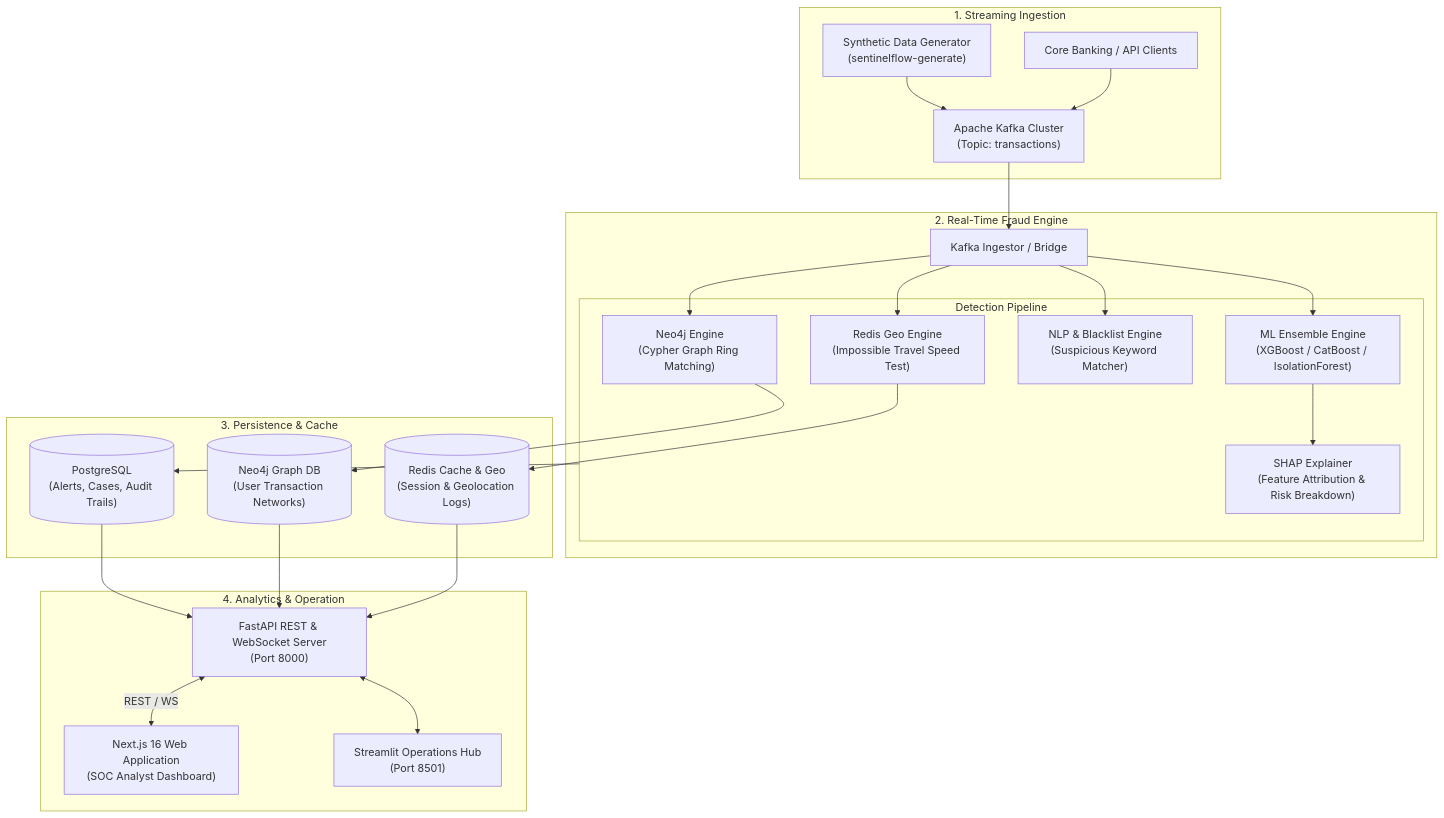
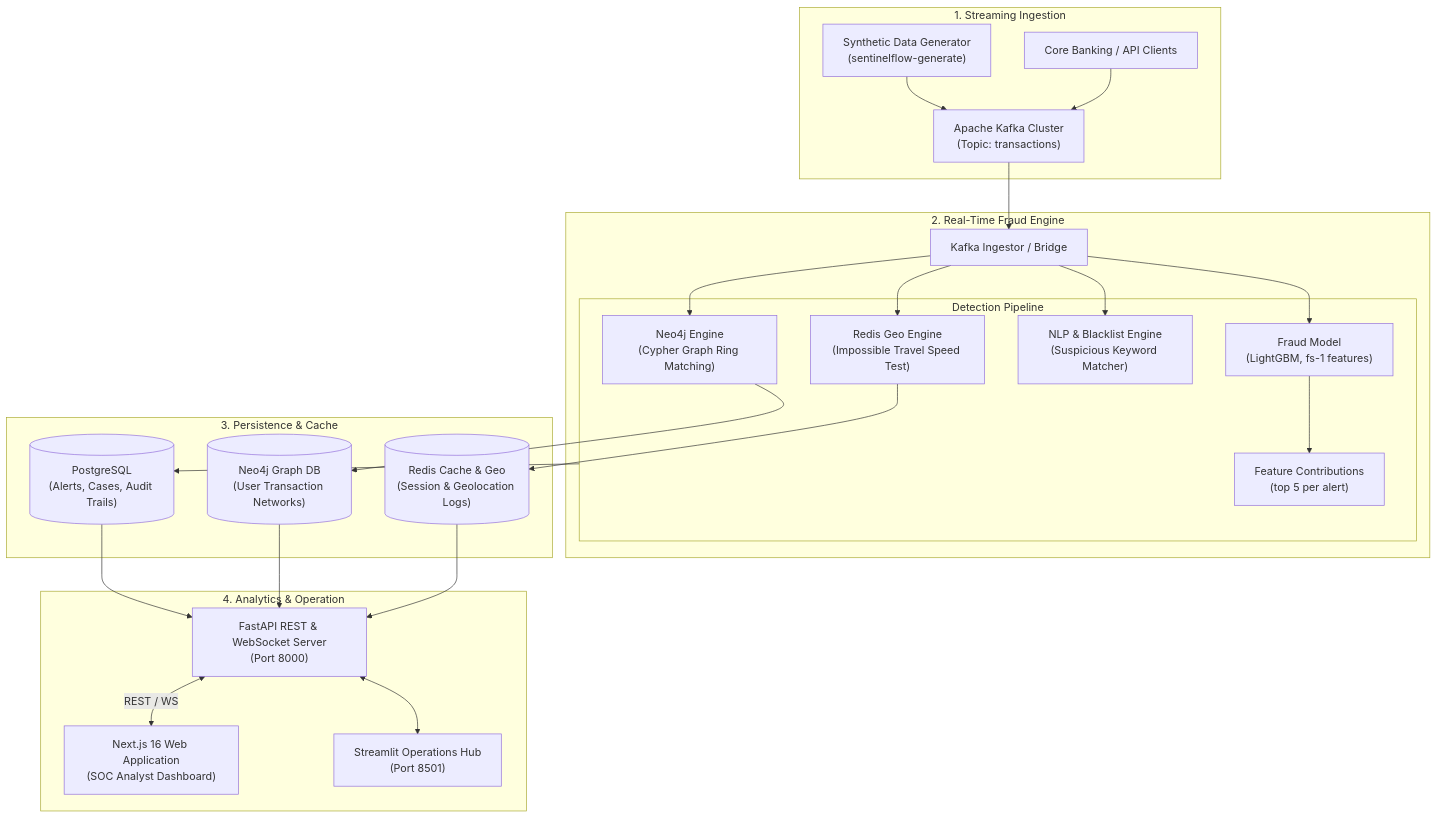
Before and after one commit to uzunbugra/sentinel: the diagram in README.md, drawn with Mermaid. The commit also changed other lines of this file and 10 other files, not shown here.

````diff
--- a/README.md
+++ b/README.md
@@ -31,46 +30,46 @@
 ```mermaid
 flowchart TB
     subgraph DataIngestion["1. Streaming Ingestion"]
         GEN["Synthetic Data Generator\n(sentinelflow-generate)"]
         CLIENT["Core Banking / API Clients"]
         KAFKA["Apache Kafka Cluster\n(Topic: transactions)"]
         GEN --> KAFKA
         CLIENT --> KAFKA
     end
 
     subgraph CoreEngine["2. Real-Time Fraud Engine"]
         INGEST["Kafka Ingestor / Bridge"]
         KAFKA --> INGEST
 
         subgraph Detectors["Detection Pipeline"]
             GRAPH["Neo4j Engine\n(Cypher Graph Ring Matching)"]
             GEO["Redis Geo Engine\n(Impossible Travel Speed Test)"]
             NLP["NLP & Blacklist Engine\n(Suspicious Keyword Matcher)"]
-            ML["ML Ensemble Engine\n(XGBoost / CatBoost / IsolationForest)"]
-            SHAP["SHAP Explainer\n(Feature Attribution & Risk Breakdown)"]
+            ML["Fraud Model\n(LightGBM, fs-1 features)"]
+            EXPLAIN["Feature Contributions\n(top 5 per alert)"]
         end
 
         INGEST --> GRAPH & GEO & NLP & ML
-        ML --> SHAP
+        ML --> EXPLAIN
     end
 
     subgraph StorageLayer["3. Persistence & Cache"]
         PG[("PostgreSQL\n(Alerts, Cases, Audit Trails)")]
         NEO[("Neo4j Graph DB\n(User Transaction Networks)")]
         REDIS[("Redis Cache & Geo\n(Session & Geolocation Logs)")]
 
         GRAPH --> NEO
         GEO --> REDIS
         Detectors --> PG
     end
 
     subgraph PresentationLayer["4. Analytics & Operation"]
         FASTAPI["FastAPI REST & WebSocket Server\n(Port 8000)"]
         NEXT["Next.js 16 Web Application\n(SOC Analyst Dashboard)"]
         STREAMLIT["Streamlit Operations Hub\n(Port 8501)"]
 
         PG & NEO & REDIS --> FASTAPI
         FASTAPI <-->|REST / WS| NEXT
         FASTAPI <--> STREAMLIT
     end
 ```
````
